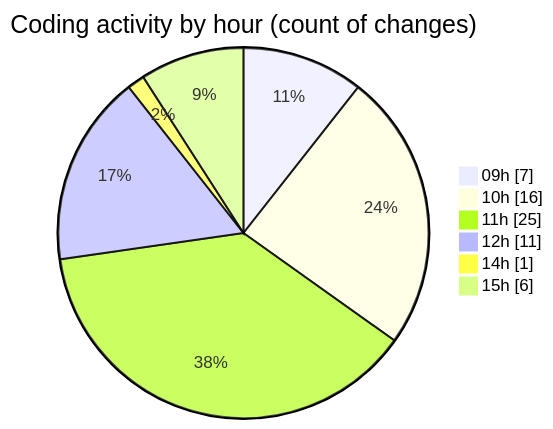
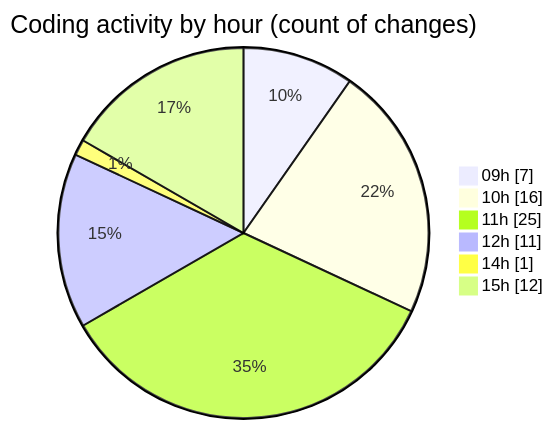
The second of 2 diagrams in 2025-02-13/cda/README.md (momahboobian/code-tracking), drawn with Mermaid before and after one commit. The commit also changed other lines of this file and 1 other file, not shown here.

````diff
--- a/2025-02-13/cda/README.md
+++ b/2025-02-13/cda/README.md
@@ -40,10 +40,10 @@
 ```mermaid
 pie showData
 title Coding activity by hour (count of changes)
 "09h" : 7
 "10h" : 16
 "11h" : 25
 "12h" : 11
 "14h" : 1
-"15h" : 6
+"15h" : 12
 ```
````
